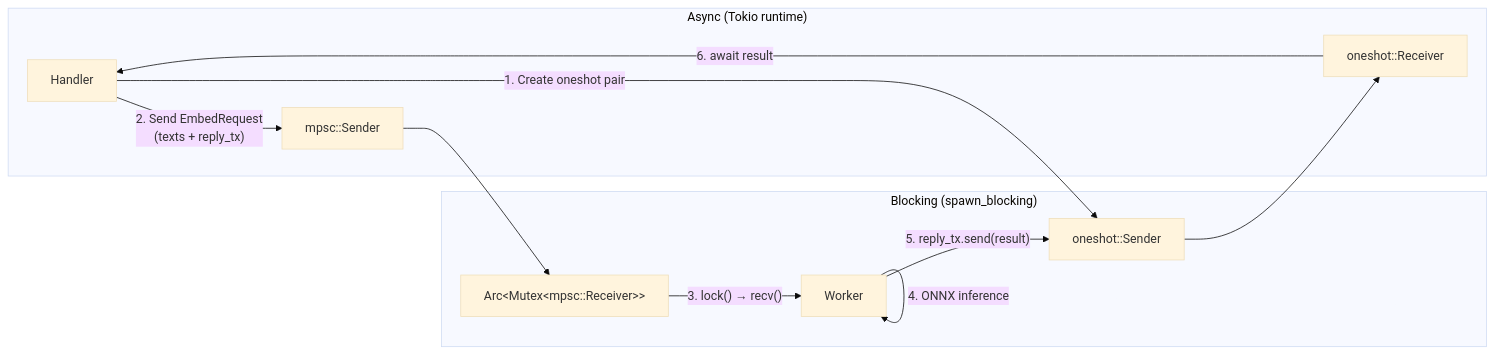
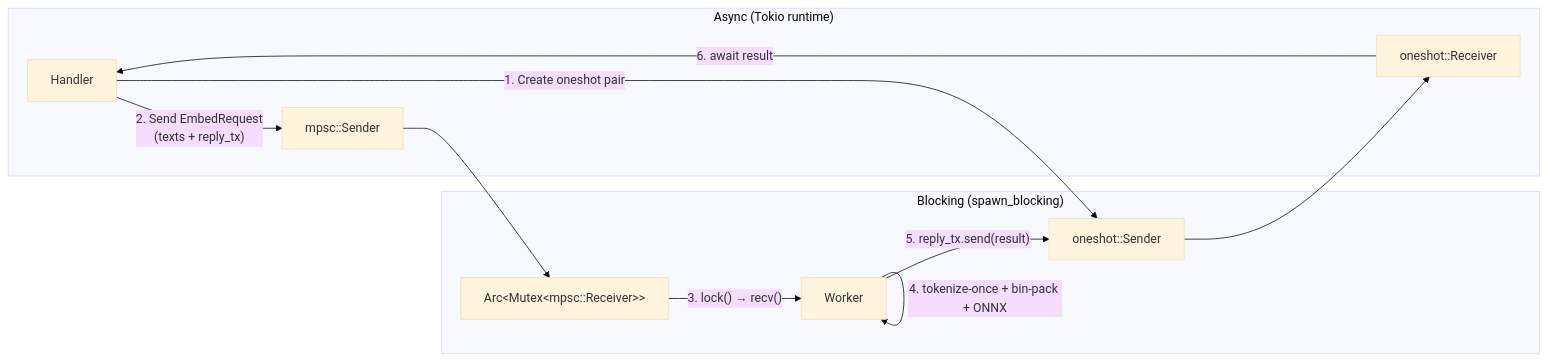
One commit to Fulton-Engineering-Services/bge-m3-embedding-server changed the fourth of 4 diagrams in docs/request-flow.md. Above: the diagram before and after it, drawn with Mermaid (base theme). The commit also changed other lines of this file and 32 other files, not shown here.

First line of the commit message:
feat: long-context support, memory-aware auto-budget, and bin-packing inference (#46)

````diff
--- a/docs/request-flow.md
+++ b/docs/request-flow.md
@@ -135,23 +171,23 @@
 ```mermaid
 graph LR
     subgraph "Async (Tokio runtime)"
         H["Handler"]
         TX["mpsc::Sender"]
         RX_one["oneshot::Receiver"]
     end
 
     subgraph "Blocking (spawn_blocking)"
         MutexRX["Arc&lt;Mutex&lt;mpsc::Receiver&gt;&gt;"]
         W["Worker"]
         TX_one["oneshot::Sender"]
     end
 
     H -->|"1. Create oneshot pair"| TX_one
     H -->|"2. Send EmbedRequest<br/>(texts + reply_tx)"| TX
     TX --> MutexRX
     MutexRX -->|"3. lock() → recv()"| W
-    W -->|"4. ONNX inference"| W
+    W -->|"4. tokenize-once + bin-pack + ONNX"| W
     W -->|"5. reply_tx.send(result)"| TX_one
     TX_one --> RX_one
     RX_one -->|"6. await result"| H
 ```
````
